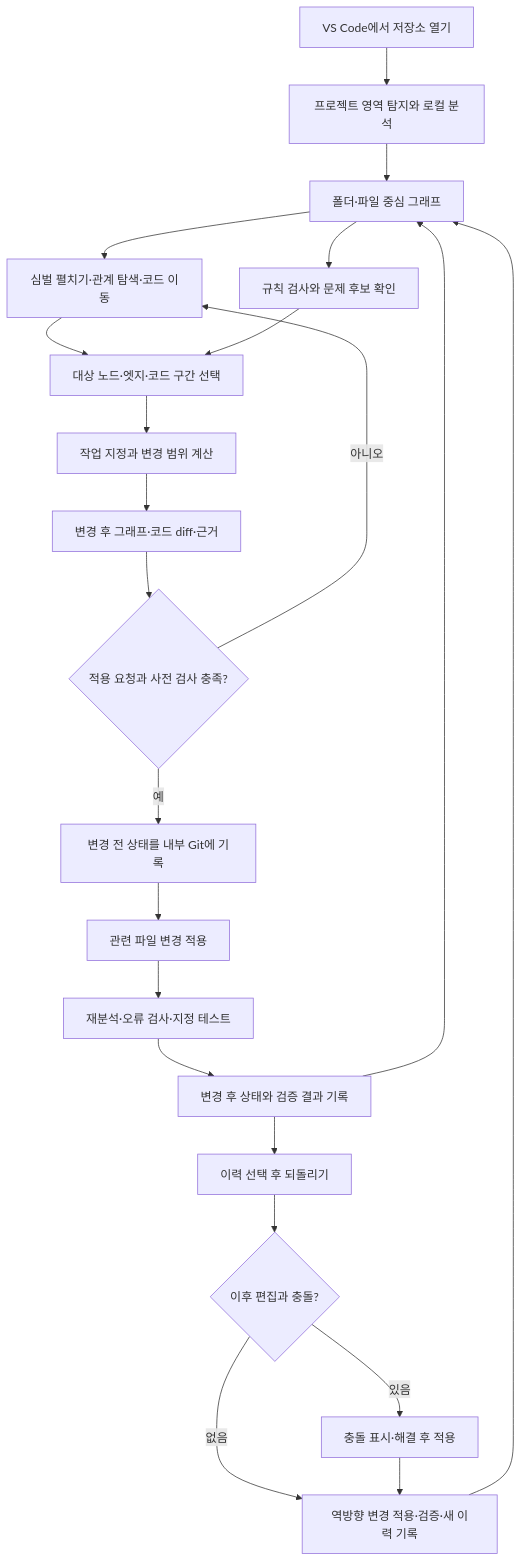
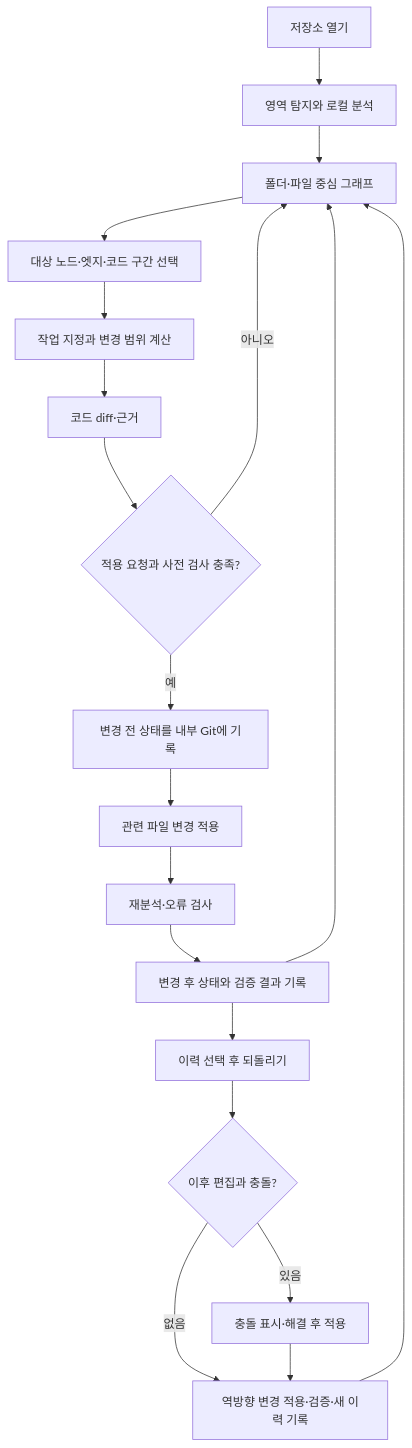
Before and after one commit to sjh354/skein: the first of 2 diagrams in docs/DESIGN.md, drawn with Mermaid. The commit also changed other lines of this file and 17 other files, not shown here.

````diff
--- a/docs/DESIGN.md
+++ b/docs/DESIGN.md
@@ -61,24 +23,21 @@
 ```mermaid
 flowchart TD
-    Open[VS Code에서 저장소 열기] --> Scan[프로젝트 영역 탐지와 로컬 분석]
+    Open[저장소 열기] --> Scan[영역 탐지와 로컬 분석]
     Scan --> Graph[폴더·파일 중심 그래프]
-    Graph --> Explore[심벌 펼치기·관계 탐색·코드 이동]
-    Graph --> Diagnose[규칙 검사와 문제 후보 확인]
-    Explore --> Select[대상 노드·엣지·코드 구간 선택]
-    Diagnose --> Select
+    Graph --> Select[대상 노드·엣지·코드 구간 선택]
     Select --> Plan[작업 지정과 변경 범위 계산]
-    Plan --> Preview[변경 후 그래프·코드 diff·근거]
+    Plan --> Preview[코드 diff·근거]
     Preview --> Decide{적용 요청과 사전 검사 충족?}
-    Decide -->|아니오| Explore
+    Decide -->|아니오| Graph
     Decide -->|예| Before[변경 전 상태를 내부 Git에 기록]
     Before --> Apply[관련 파일 변경 적용]
-    Apply --> Verify[재분석·오류 검사·지정 테스트]
+    Apply --> Verify[재분석·오류 검사]
     Verify --> History[변경 후 상태와 검증 결과 기록]
     History --> Graph
     History --> Undo[이력 선택 후 되돌리기]
     Undo --> Conflict{이후 편집과 충돌?}
     Conflict -->|없음| Reverse[역방향 변경 적용·검증·새 이력 기록]
     Conflict -->|있음| Resolve[충돌 표시·해결 후 적용]
     Resolve --> Reverse
     Reverse --> Graph
 ```
````
